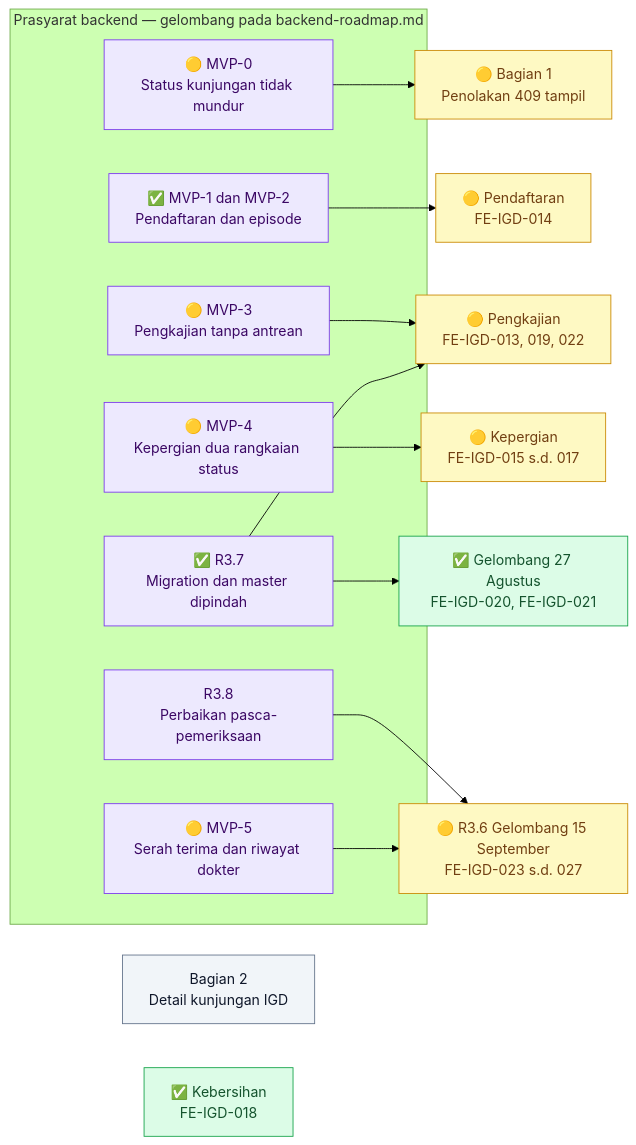
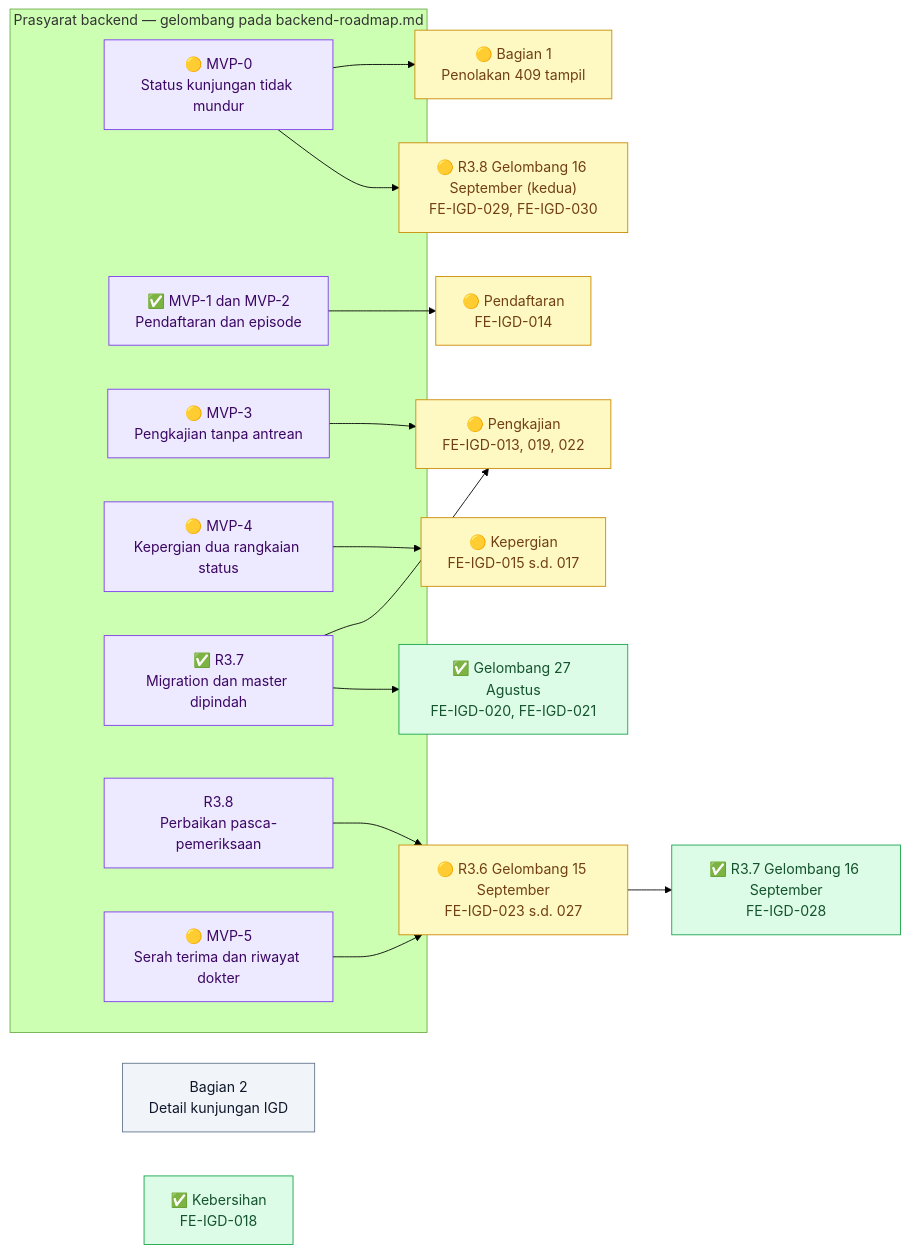
The first of 8 diagrams in docs/module-blueprints/igd/roadmap/frontend-roadmap.md (DevBenari/NewQuilvianSystemBackend), drawn with Mermaid (forest theme) before and after one commit. The commit also changed other lines of this file and 21 other files, not shown here.

````diff
--- a/docs/module-blueprints/igd/roadmap/frontend-roadmap.md
+++ b/docs/module-blueprints/igd/roadmap/frontend-roadmap.md
@@ -65,36 +69,40 @@
 ```mermaid
 flowchart LR
     classDef selesai fill:#DCFCE7,stroke:#16A34A,color:#14532D
     classDef sebagian fill:#FEF9C3,stroke:#CA8A04,color:#713F12
     classDef terblokir fill:#FEE2E2,stroke:#DC2626,color:#7F1D1D
     classDef belum fill:#F1F5F9,stroke:#64748B,color:#0F172A
     classDef luar fill:#EDE9FE,stroke:#7C3AED,color:#3B0764
 
     subgraph backend["Prasyarat backend — gelombang pada backend-roadmap.md"]
         BMVP0["🟡 MVP-0<br/>Status kunjungan tidak mundur"]:::luar
         BMVP12["✅ MVP-1 dan MVP-2<br/>Pendaftaran dan episode"]:::luar
         BMVP3["🟡 MVP-3<br/>Pengkajian tanpa antrean"]:::luar
         BMVP4["🟡 MVP-4<br/>Kepergian dua rangkaian status"]:::luar
         BR37["✅ R3.7<br/>Migration dan master dipindah"]:::luar
         BR38["R3.8<br/>Perbaikan pasca-pemeriksaan"]:::luar
         BMVP5["🟡 MVP-5<br/>Serah terima dan riwayat dokter"]:::luar
     end
 
     FMVP0["🟡 Bagian 1<br/>Penolakan 409 tampil"]:::sebagian
     FWARIS["Bagian 2<br/>Detail kunjungan IGD"]:::belum
     FDAFTAR["🟡 Pendaftaran<br/>FE-IGD-014"]:::sebagian
     FKAJI["🟡 Pengkajian<br/>FE-IGD-013, 019, 022"]:::sebagian
     FPERGI["🟡 Kepergian<br/>FE-IGD-015 s.d. 017"]:::sebagian
     FMASTER["✅ Gelombang 27 Agustus<br/>FE-IGD-020, FE-IGD-021"]:::selesai
     FBERSIH["✅ Kebersihan<br/>FE-IGD-018"]:::selesai
     FPASCA["🟡 R3.6 Gelombang 15 September<br/>FE-IGD-023 s.d. 027"]:::sebagian
+    FPASCA2["✅ R3.7 Gelombang 16 September<br/>FE-IGD-028"]:::selesai
+    FARRIVED["🟡 R3.8 Gelombang 16 September (kedua)<br/>FE-IGD-029, FE-IGD-030"]:::sebagian
 
     BMVP0 --> FMVP0
+    BMVP0 --> FARRIVED
     BMVP12 --> FDAFTAR
     BMVP3 --> FKAJI
     BR37 --> FKAJI
     BMVP4 --> FPERGI
     BR37 --> FMASTER
     BR38 --> FPASCA
     BMVP5 --> FPASCA
+    FPASCA --> FPASCA2
 ```
````
